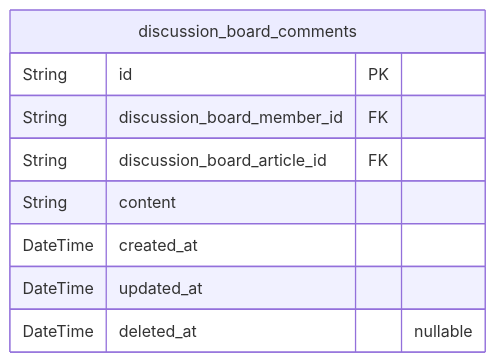
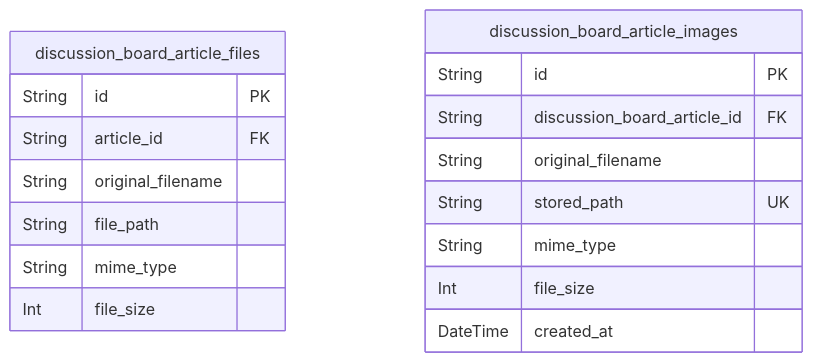
Before and after one commit to wrtnlabs/autobe-examples: the third of 4 diagrams in qwen/qwen3-coder-next/bbs/docs/ERD.md, drawn with Mermaid. The commit also changed other lines of this file and 25939 other files, not shown here.

````diff
--- a/qwen/qwen3-coder-next/bbs/docs/ERD.md
+++ b/qwen/qwen3-coder-next/bbs/docs/ERD.md
@@ -836,12 +616,20 @@
 ```mermaid
 erDiagram
-"discussion_board_comments" {
+"discussion_board_article_files" {
   String id PK
-  String discussion_board_member_id FK
+  String article_id FK
+  String original_filename
+  String file_path
+  String mime_type
+  Int file_size
+}
+"discussion_board_article_images" {
+  String id PK
   String discussion_board_article_id FK
-  String content
+  String original_filename
+  String stored_path UK
+  String mime_type
+  Int file_size
   DateTime created_at
-  DateTime updated_at
-  DateTime deleted_at "nullable"
 }
 ```
````
